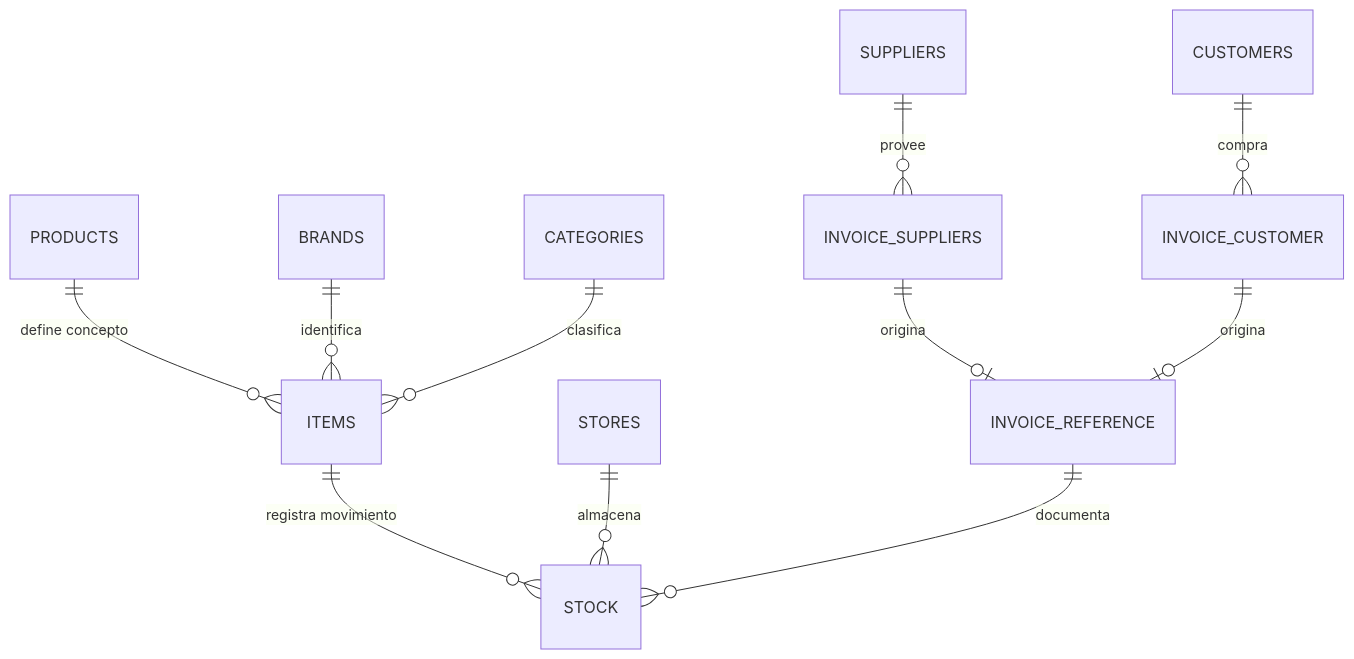
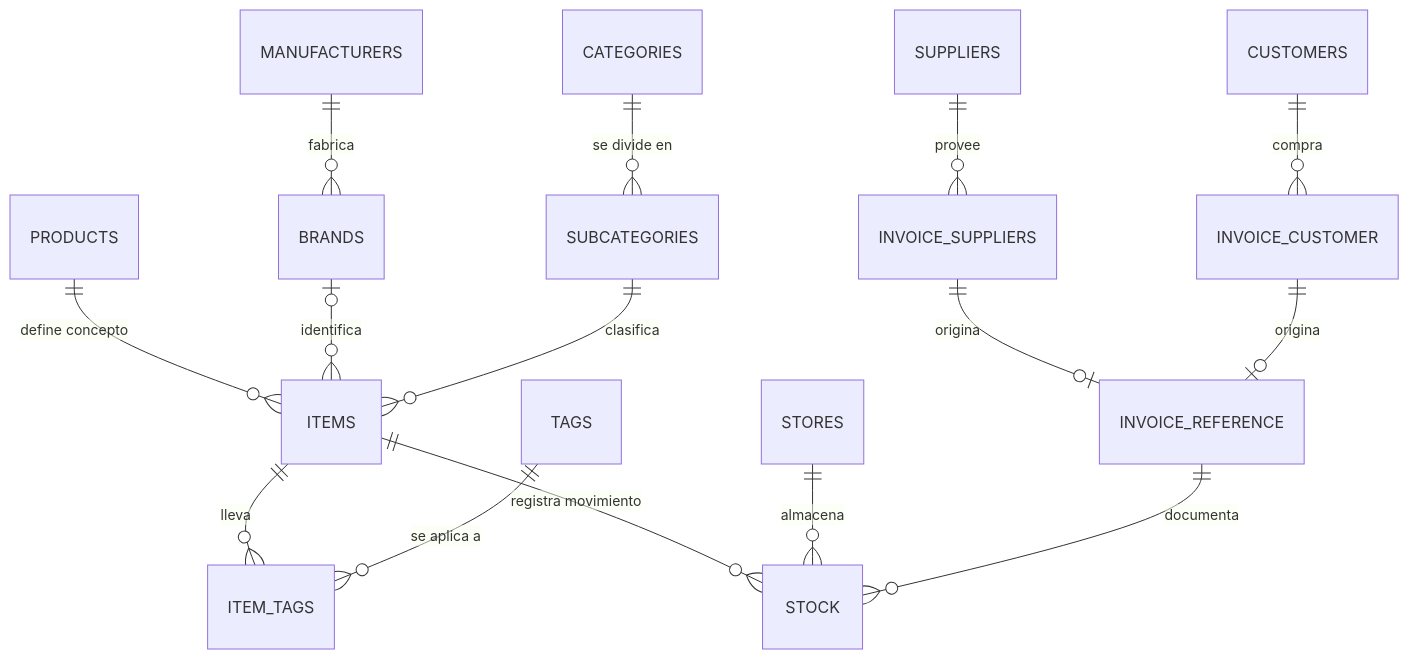
Before and after one commit to carlos-sweb/manifiest: the diagram in src/md/items/index.md, drawn with Mermaid. The commit also changed other lines of this file and 12 other files, not shown here.

````diff
--- a/src/md/items/index.md
+++ b/src/md/items/index.md
@@ -29,13 +128,17 @@
 ```mermaid
 erDiagram
-  PRODUCTS ||--o{ ITEMS : "define concepto"
-  BRANDS   ||--o{ ITEMS : identifica
-  CATEGORIES ||--o{ ITEMS : clasifica
-  ITEMS    ||--o{ STOCK : "registra movimiento"
-  STORES   ||--o{ STOCK : almacena
-  INVOICE_REFERENCE ||--o{ STOCK : documenta
-  SUPPLIERS ||--o{ INVOICE_SUPPLIERS : provee
-  CUSTOMERS ||--o{ INVOICE_CUSTOMER : compra
-  INVOICE_SUPPLIERS ||--o| INVOICE_REFERENCE : origina
-  INVOICE_CUSTOMER  ||--o| INVOICE_REFERENCE : origina  
+    MANUFACTURERS ||--o{ BRANDS : "fabrica"
+    PRODUCTS ||--o{ ITEMS : "define concepto"
+    BRANDS |o--o{ ITEMS : "identifica"
+    CATEGORIES ||--o{ SUBCATEGORIES : "se divide en"
+    SUBCATEGORIES ||--o{ ITEMS : "clasifica"
+    ITEMS ||--o{ ITEM_TAGS : "lleva"
+    TAGS ||--o{ ITEM_TAGS : "se aplica a"
+    ITEMS ||--o{ STOCK : "registra movimiento"
+    STORES ||--o{ STOCK : "almacena"
+    INVOICE_REFERENCE ||--o{ STOCK : "documenta"
+    SUPPLIERS ||--o{ INVOICE_SUPPLIERS : "provee"
+    CUSTOMERS ||--o{ INVOICE_CUSTOMER : "compra"
+    INVOICE_SUPPLIERS ||--o| INVOICE_REFERENCE : "origina"
+    INVOICE_CUSTOMER ||--o| INVOICE_REFERENCE : "origina"
 ```
````
